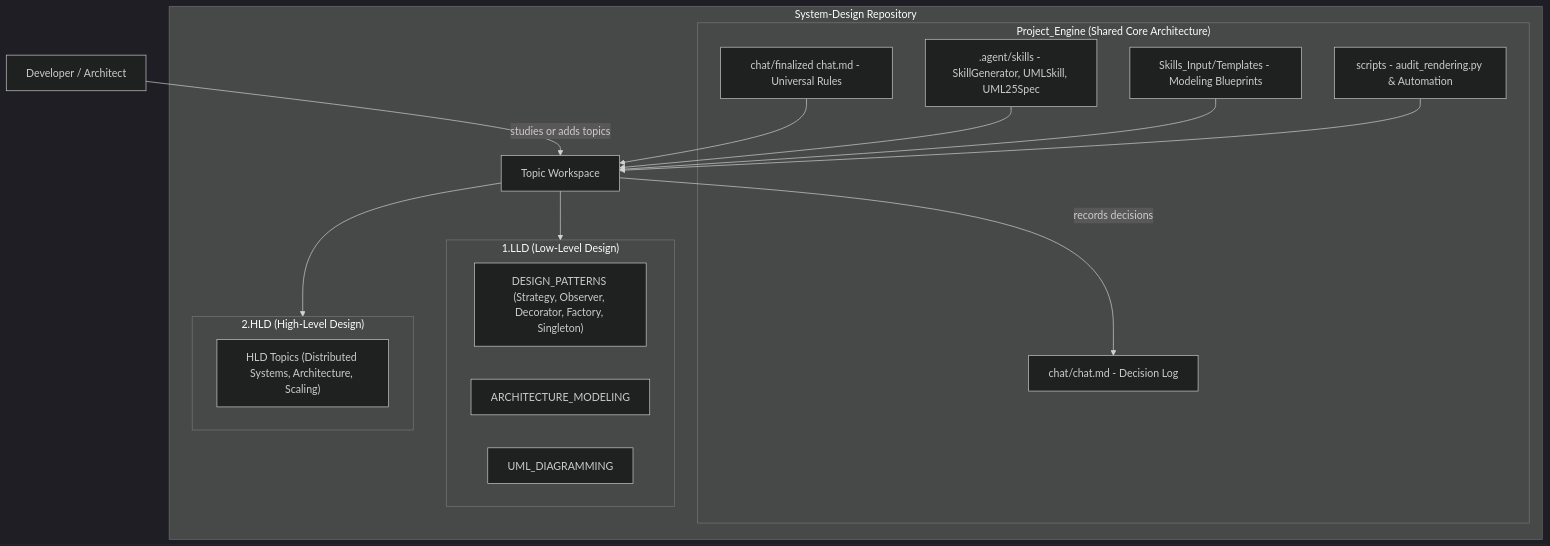
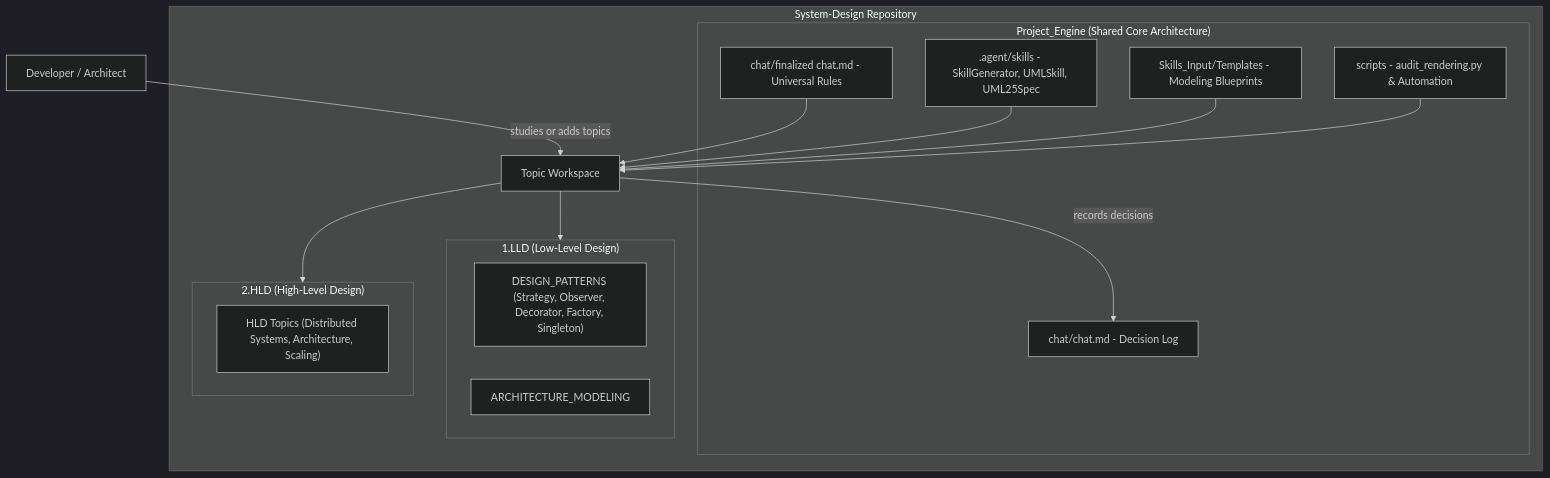
Before and after one commit to AkmKawser/System-Design: the first of 2 diagrams in README.md, drawn with Mermaid (dark theme). The commit also changed other lines of this file and 568 other files, not shown here.

Commit message:
chore: remove redundant 1.LLD/UML_DIAGRAMMING and keep Project_Engine as single source of truth

````diff
--- a/README.md
+++ b/README.md
@@ -11,29 +11,28 @@
 ```mermaid
 flowchart TD
     USER["Developer / Architect"] -->|"studies or adds topics"| TOPIC
     subgraph REPO["System-Design Repository"]
         subgraph ENGINE["Project_Engine (Shared Core Architecture)"]
             RULES["chat/finalized chat.md - Universal Rules"]
             SKILLS[".agent/skills - SkillGenerator, UMLSkill, UML25Spec"]
             TEMPL["Skills_Input/Templates - Modeling Blueprints"]
             TOOLS["scripts - audit_rendering.py & Automation"]
             LOG["chat/chat.md - Decision Log"]
         end
         subgraph LLD["1.LLD (Low-Level Design)"]
             DP["DESIGN_PATTERNS (Strategy, Observer, Decorator, Factory, Singleton)"]
             AM["ARCHITECTURE_MODELING"]
-            UD["UML_DIAGRAMMING"]
         end
         subgraph HLD["2.HLD (High-Level Design)"]
             HN["HLD Topics (Distributed Systems, Architecture, Scaling)"]
         end
         TOPIC["Topic Workspace"]
     end
     RULES --> TOPIC
     SKILLS --> TOPIC
     TEMPL --> TOPIC
     TOOLS --> TOPIC
     TOPIC --> LLD
     TOPIC --> HLD
     TOPIC -->|"records decisions"| LOG
 ```
````
